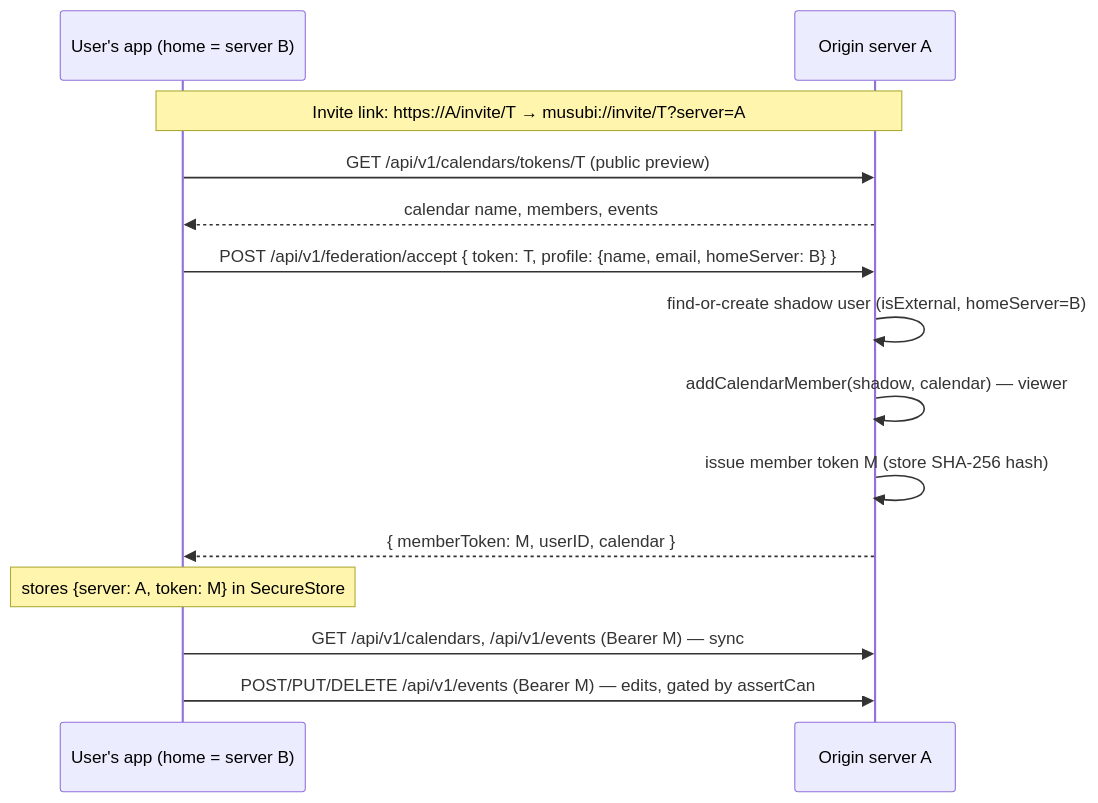
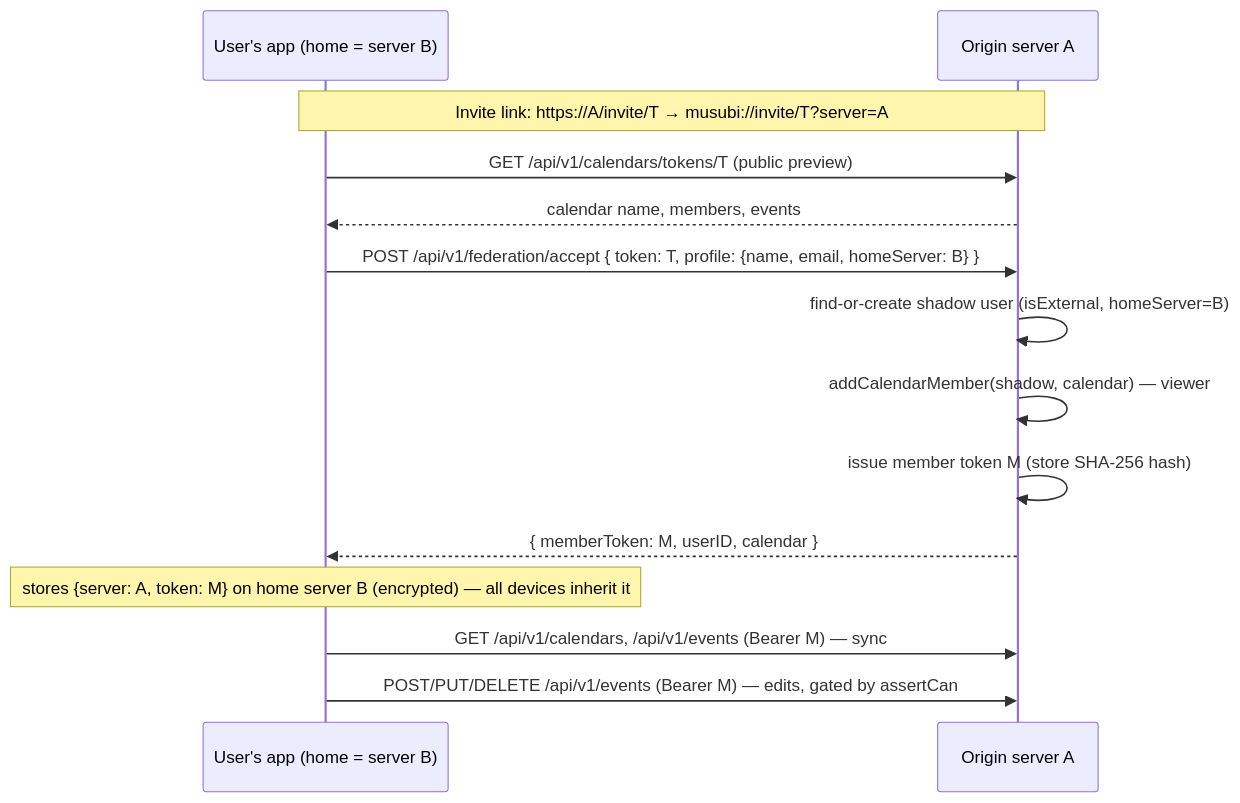
Before and after one commit to frgtn-dot-dev/musubi: the diagram in packages/docs/src/content/docs/architecture/federation.mdx, drawn with Mermaid. The commit also changed other lines of this file and 3 other files, not shown here.

Commit message:
Docs: federated connections roam via the home server — update the federation page, data model, API map and env table.

````diff
--- a/packages/docs/src/content/docs/architecture/federation.mdx
+++ b/packages/docs/src/content/docs/architecture/federation.mdx
@@ -16,16 +16,16 @@
 ```mermaid
 sequenceDiagram
     participant U as User's app (home = server B)
     participant A as Origin server A
     Note over U,A: Invite link: https://A/invite/T → musubi://invite/T?server=A
     U->>A: GET /api/v1/calendars/tokens/T (public preview)
     A-->>U: calendar name, members, events
     U->>A: POST /api/v1/federation/accept { token: T, profile: {name, email, homeServer: B} }
     A->>A: find-or-create shadow user (isExternal, homeServer=B)
     A->>A: addCalendarMember(shadow, calendar) — viewer
     A->>A: issue member token M (store SHA-256 hash)
     A-->>U: { memberToken: M, userID, calendar }
-    Note over U: stores {server: A, token: M} in SecureStore
+    Note over U: stores {server: A, token: M} on home server B (encrypted) — all devices inherit it
     U->>A: GET /api/v1/calendars, /api/v1/events (Bearer M) — sync
     U->>A: POST/PUT/DELETE /api/v1/events (Bearer M) — edits, gated by assertCan
 ```
````
